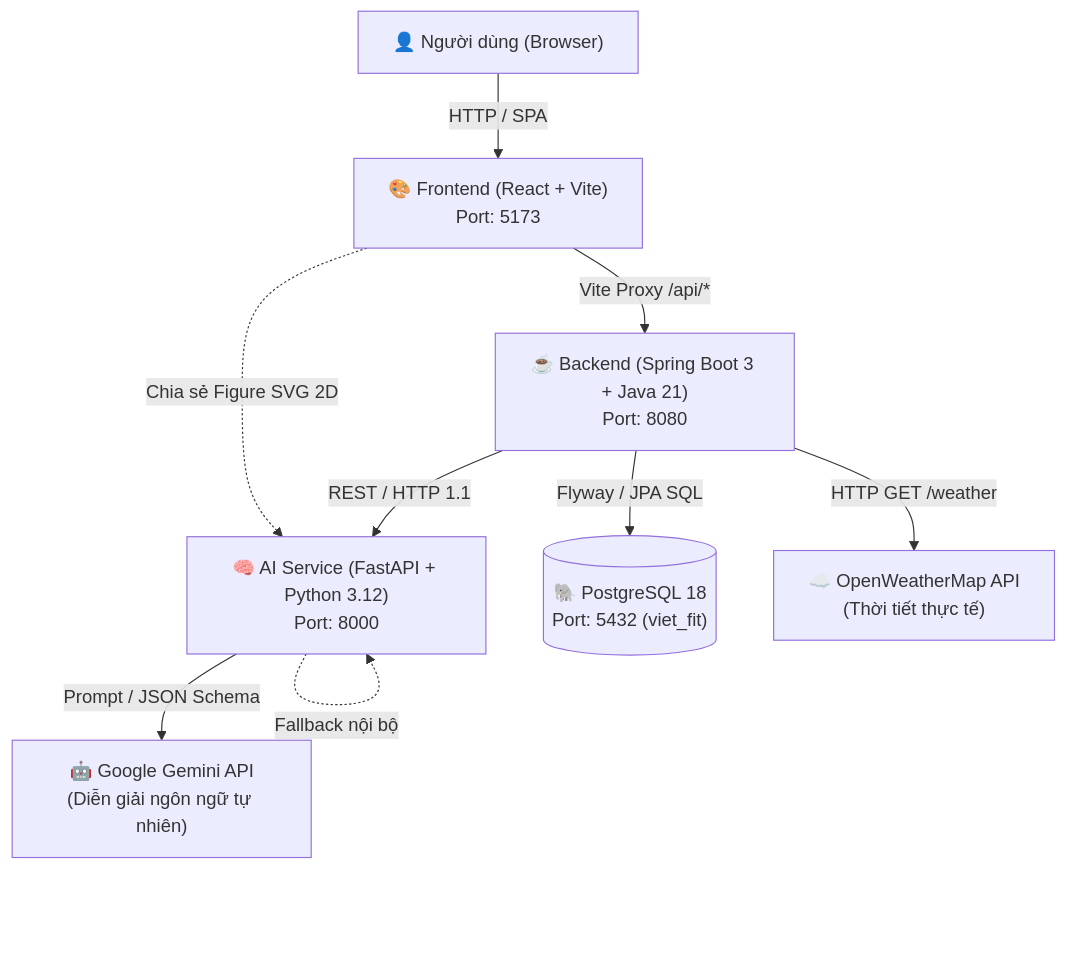
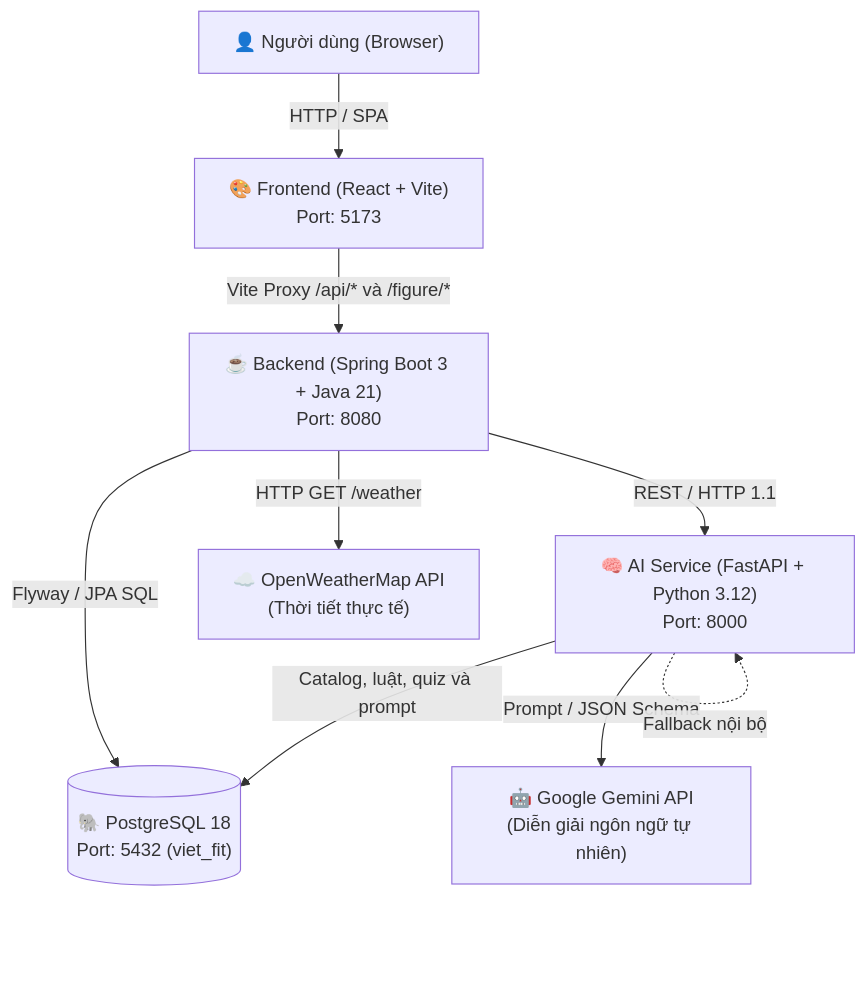
The diagram in README.md (Vietfitremix/NepAoPrj), drawn with Mermaid before and after one commit. The commit also changed other lines of this file and 839 other files, not shown here.

````diff
--- a/README.md
+++ b/README.md
@@ -9,19 +9,19 @@
 ```mermaid
 graph TD
     User["👤 Người dùng (Browser)"]
     FE["🎨 Frontend (React + Vite)<br/>Port: 5173"]
     BE["☕ Backend (Spring Boot 3 + Java 21)<br/>Port: 8080"]
     AI["🧠 AI Service (FastAPI + Python 3.12)<br/>Port: 8000"]
     DB[("🐘 PostgreSQL 18<br/>Port: 5432 (viet_fit)")]
     OW["☁️ OpenWeatherMap API<br/>(Thời tiết thực tế)"]
     GM["🤖 Google Gemini API<br/>(Diễn giải ngôn ngữ tự nhiên)"]
 
     User -->|HTTP / SPA| FE
-    FE -->|Vite Proxy /api/*| BE
+    FE -->|Vite Proxy /api/* và /figure/*| BE
     BE -->|Flyway / JPA SQL| DB
     BE -->|REST / HTTP 1.1| AI
     BE -->|HTTP GET /weather| OW
     AI -->|Prompt / JSON Schema| GM
     AI -.->|Fallback nội bộ| AI
-    FE -.->|Chia sẻ Figure SVG 2D| AI
+    AI -->|Catalog, luật, quiz và prompt| DB
 ```
````
